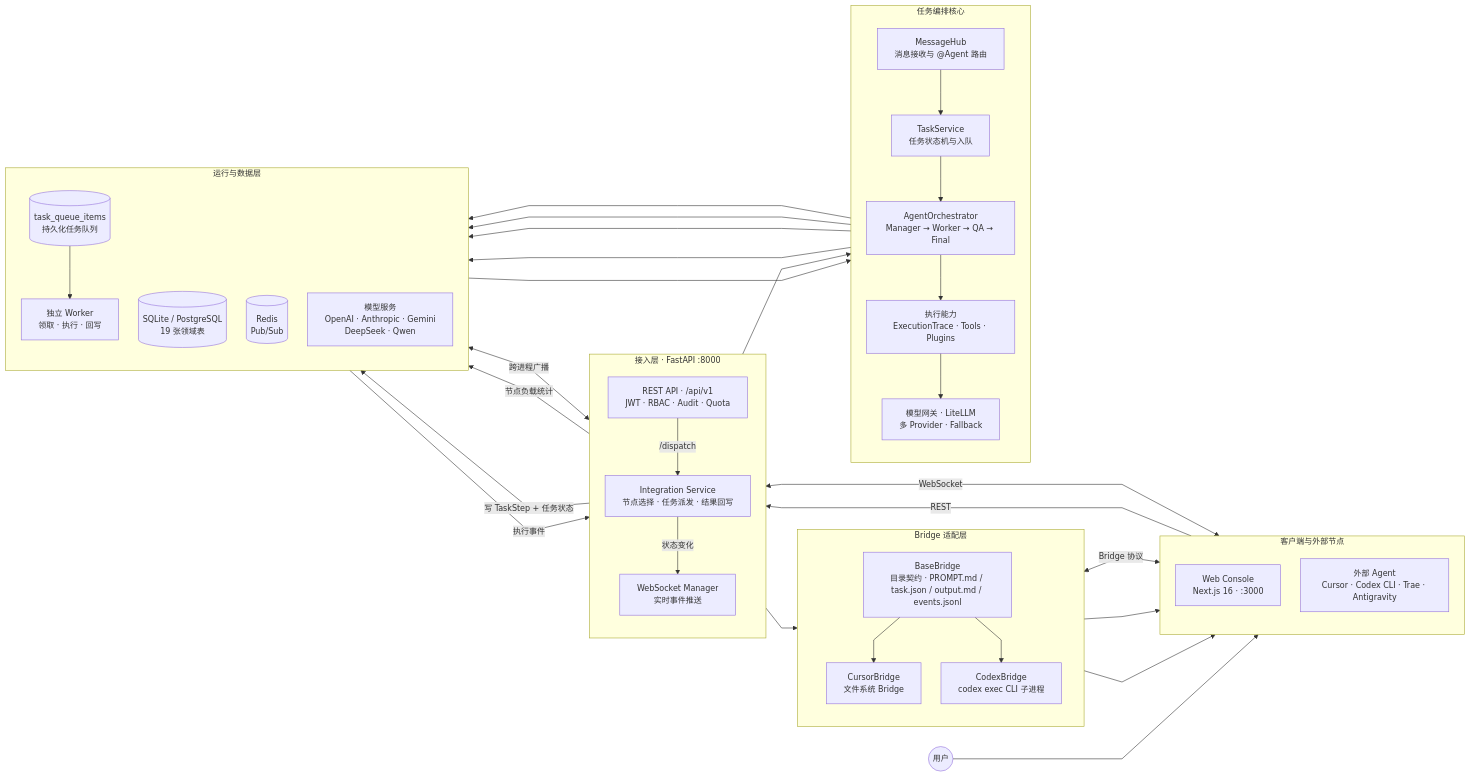
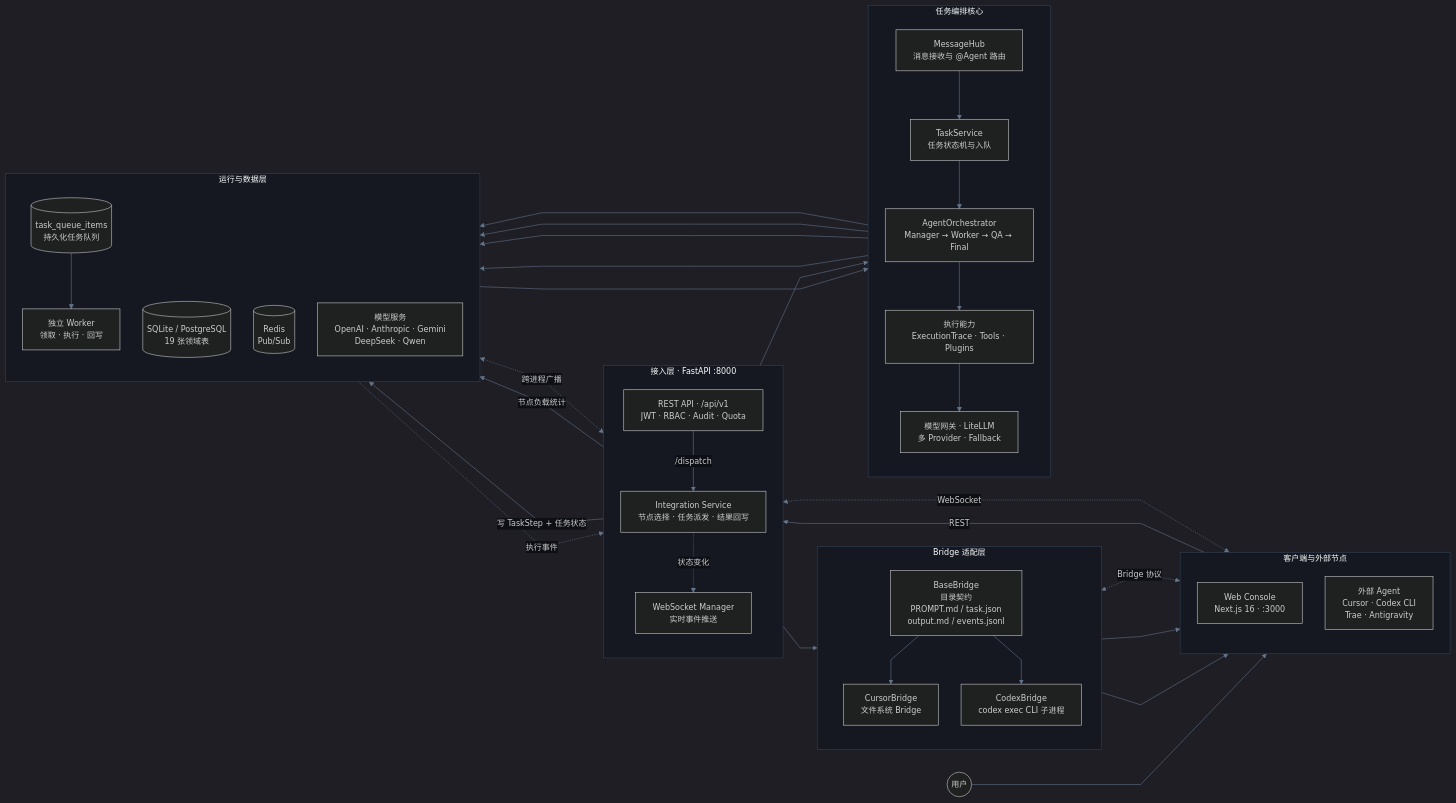
The first of 2 diagrams in README.md (liwe123/Agent-Togterher), drawn with Mermaid before and after one commit. The commit also changed other lines of this file and 3 other files, not shown here.

Commit message:
docs: 新增深色主题架构图 PNG/SVG + Mermaid 深色主题版，README 架构图双层呈现

````diff
--- a/README.md
+++ b/README.md
@@ -27,68 +34,68 @@
 ```mermaid
-%%{init: {'flowchart': {'nodeSpacing': 35, 'rankSpacing': 55, 'curve': 'linear'}, 'themeVariables': {'fontSize': '14px'}} }%%
+%%{init: {'theme': 'dark', 'flowchart': {'nodeSpacing': 40, 'rankSpacing': 60, 'curve': 'linear'}, 'themeVariables': {'fontSize': '14px', 'background': '#0D0F14', 'primaryColor': '#1a1f2e', 'primaryBorderColor': '#3b82f6', 'primaryTextColor': '#e2e8f0', 'lineColor': '#64748b', 'secondaryColor': '#1e293b', 'tertiaryColor': '#0f172a', 'clusterBkg': '#151821', 'clusterBorder': '#334155', 'edgeLabelBackground': '#0D0F14', 'fontFamily': 'system-ui, -apple-system, sans-serif'}} }%%
 flowchart LR
     USER((用户))
 
     subgraph CLIENT["客户端与外部节点"]
         direction TB
         WEB["Web Console<br/>Next.js 16 · :3000"]
-        AGENTS["外部 Agent<br/>Cursor · Codex CLI · Trae · Antigravity"]
+        AGENTS["外部 Agent<br/>Cursor · Codex CLI<br/>Trae · Antigravity"]
     end
 
     subgraph ACCESS["接入层 · FastAPI :8000"]
         direction TB
         REST["REST API · /api/v1<br/>JWT · RBAC · Audit · Quota"]
         WS["WebSocket Manager<br/>实时事件推送"]
         INT["Integration Service<br/>节点选择 · 任务派发 · 结果回写"]
     end
 
     subgraph BRIDGE_LAYER["Bridge 适配层"]
         direction TB
-        BASE["BaseBridge<br/>目录契约 · PROMPT.md / task.json / output.md / events.jsonl"]
+        BASE["BaseBridge<br/>目录契约<br/>PROMPT.md / task.json<br/>output.md / events.jsonl"]
         CURSOR["CursorBridge<br/>文件系统 Bridge"]
         CODEX["CodexBridge<br/>codex exec CLI 子进程"]
     end
 
     subgraph CORE["任务编排核心"]
         direction TB
         HUB["MessageHub<br/>消息接收与 @Agent 路由"]
         TASK["TaskService<br/>任务状态机与入队"]
         ORCH["AgentOrchestrator<br/>Manager → Worker → QA → Final"]
         EXEC["执行能力<br/>ExecutionTrace · Tools · Plugins"]
         LLM["模型网关 · LiteLLM<br/>多 Provider · Fallback"]
     end
 
     subgraph RUNTIME["运行与数据层"]
         direction TB
         WORKER["独立 Worker<br/>领取 · 执行 · 回写"]
         QUEUE[("task_queue_items<br/>持久化任务队列")]
         DB[("SQLite / PostgreSQL<br/>19 张领域表")]
         REDIS[("Redis<br/>Pub/Sub")]
         MODELS["模型服务<br/>OpenAI · Anthropic · Gemini<br/>DeepSeek · Qwen"]
     end
 
     USER --> WEB
     WEB -->|REST| REST
-    WEB <-->|WebSocket| WS
-    AGENTS <-->|Bridge 协议| BRIDGE_LAYER
+    WEB <-.->|WebSocket| WS
+    AGENTS <-.->|Bridge 协议| BRIDGE_LAYER
 
     REST --> HUB --> TASK --> ORCH
     REST -->|/dispatch| INT --> BASE
     INT -->|写 TaskStep + 任务状态| DB
     INT -->|节点负载统计| DB
     BASE --> CURSOR
     BASE --> CODEX
     CURSOR --> AGENTS
     CODEX --> AGENTS
     ORCH --> EXEC --> LLM --> MODELS
 
     TASK --> QUEUE
     QUEUE --> WORKER
     WORKER --> ORCH
-    WORKER -->|执行事件| WS
-    INT -->|状态变化| WS
+    WORKER -.->|执行事件| WS
+    INT -.->|状态变化| WS
 
     HUB --> DB
     ORCH --> DB
-    WS <-->|跨进程广播| REDIS
+    WS <-.->|跨进程广播| REDIS
 ```
````
